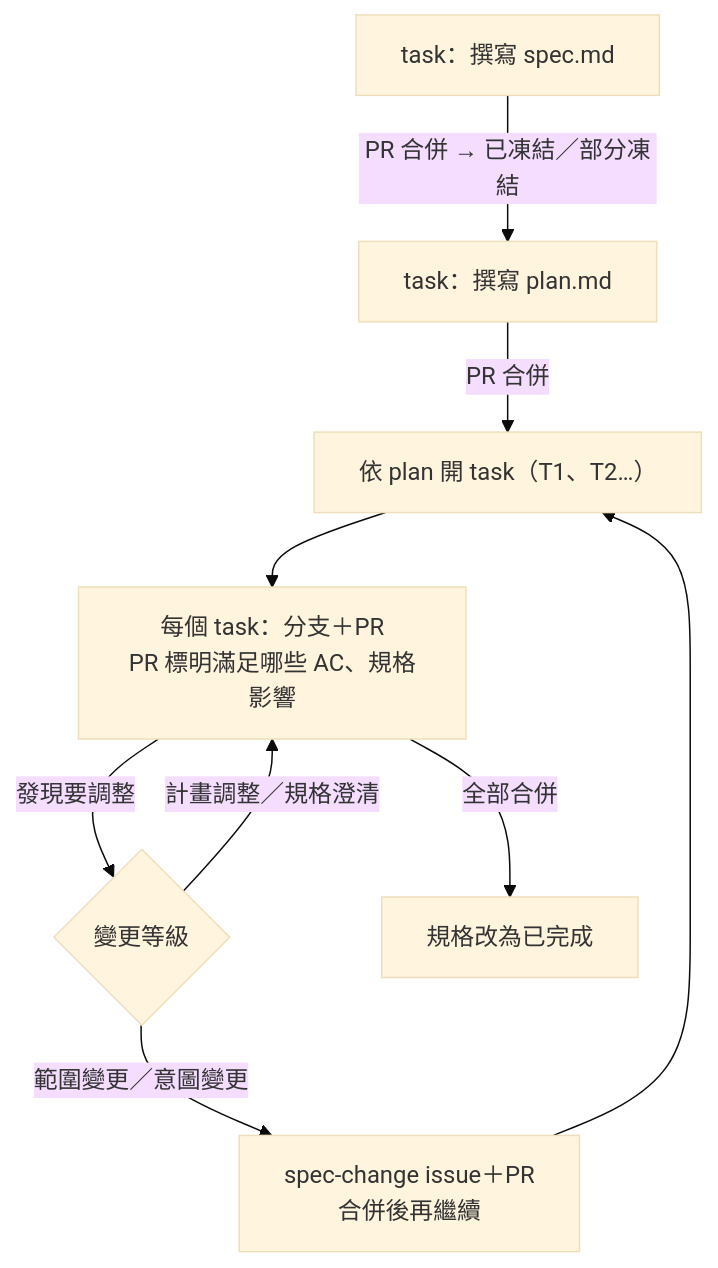
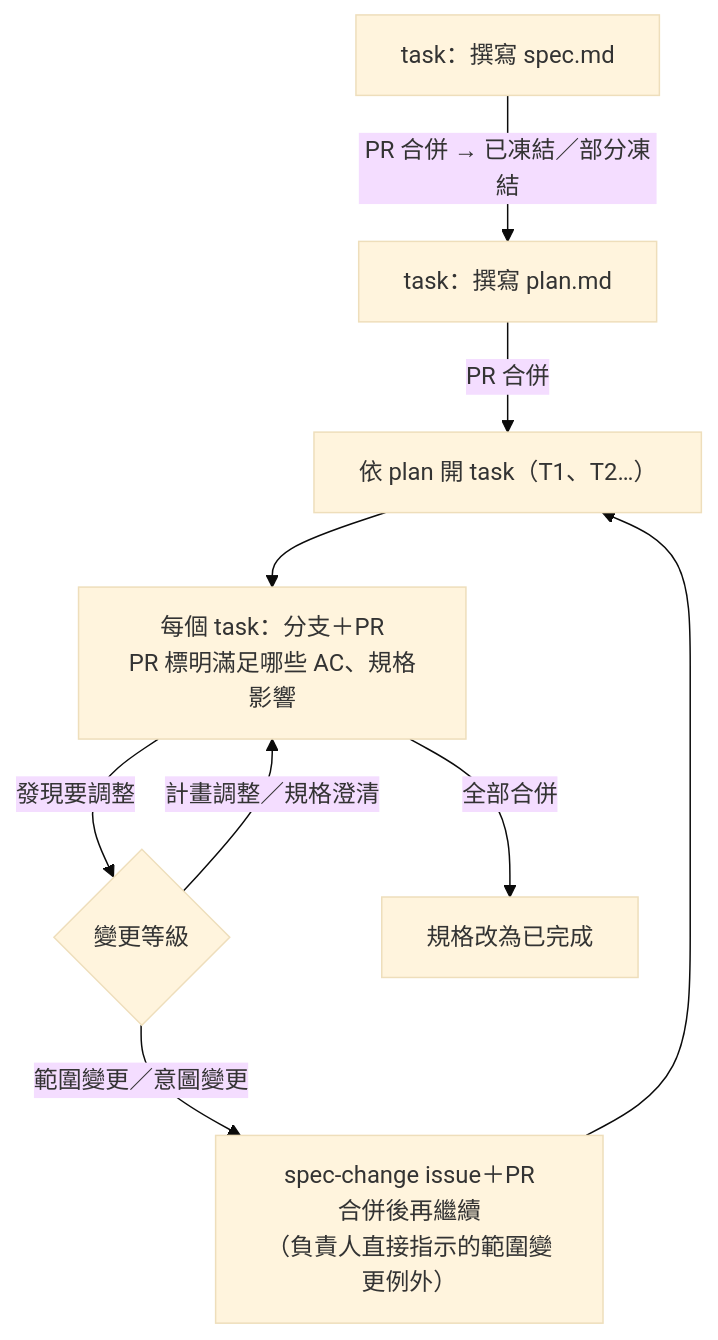
One commit to speko-tw/inspect-flow changed the diagram in docs/specs/README.md. Above: the diagram before and after it, drawn with Mermaid (base theme). The commit also changed other lines of this file and 2 other files, not shown here.

````diff
--- a/docs/specs/README.md
+++ b/docs/specs/README.md
@@ -89,11 +89,11 @@
 ```mermaid
 flowchart TD
   B["task：撰寫 spec.md"] -->|"PR 合併 → 已凍結／部分凍結"| C["task：撰寫 plan.md"]
   C -->|"PR 合併"| D["依 plan 開 task（T1、T2…）"]
   D --> E["每個 task：分支＋PR<br/>PR 標明滿足哪些 AC、規格影響"]
   E -->|"發現要調整"| F{"變更等級"}
   F -->|"計畫調整／規格澄清"| E
-  F -->|"範圍變更／意圖變更"| G["spec-change issue＋PR<br/>合併後再繼續"]
+  F -->|"範圍變更／意圖變更"| G["spec-change issue＋PR<br/>合併後再繼續<br/>（負責人直接指示的範圍變更例外）"]
   G --> D
   E -->|"全部合併"| H["規格改為已完成"]
 ```
````
